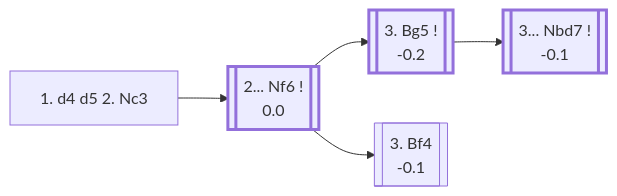
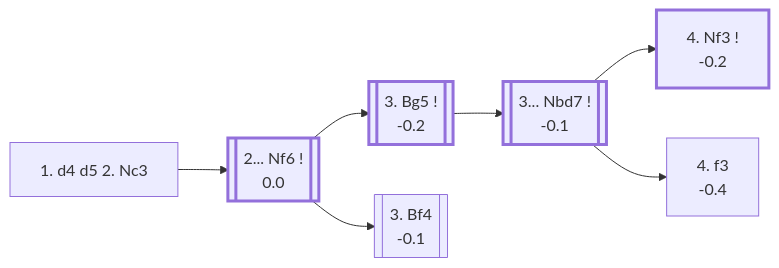
Before and after one commit to onclemarcel/chess_flashcards: the diagram in d4_openings/D01_Richter_Veresov_Attack.md, drawn with Mermaid. The commit also changed other lines of this file and 9 other files, not shown here.

````diff
--- a/d4_openings/D01_Richter_Veresov_Attack.md
+++ b/d4_openings/D01_Richter_Veresov_Attack.md
@@ -12,18 +12,23 @@
 ```mermaid
 flowchart LR
     classDef main stroke-width:3px;
 
     Nc3["1. d4 d5 2. Nc3"]
     click Nc3 "#_initial_move_" "D00 · Queen's Pawn Game: Chigorin Variation"
 
     Nc3 --> Nf6[["2... Nf6 !<br/>0.0"]]:::main
     click Nf6 "#_Nf6_" "A45 · Queen's Pawn Game: Chigorin Variation"
 
     Nf6 --> Bg5[["3. Bg5 !<br/>-0.2"]]:::main
     click Bg5 "#_Bg5_" "D01 · Richter-Veresov Attack"
     Nf6 --> Bf4[["3. Bf4<br/>-0.1"]]
     click Bf4 "#_Bf4_" "A45 · Queen's Pawn Game: Chigorin Variation"
 
     Bg5 --> Nbd7[["3... Nbd7 !<br/>-0.1"]]:::main
     click Nbd7 "#_Nbd7_" "D01 · Richter-Veresov Attack"
+
+    Nbd7 --> Nf3v["4. Nf3 !<br/>-0.2"]:::main
+    click Nf3v "#_Nf3v_" "D01 · Richter-Veresov Attack: Two Knights System"
+    Nbd7 --> f3v["4. f3<br/>-0.4"]
+    click f3v "#_f3v_" "D01 · Richter-Veresov Attack"
 ```
````
